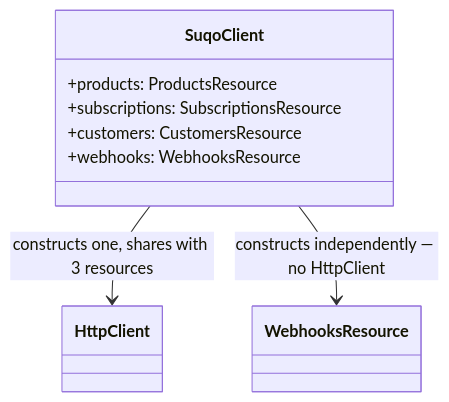
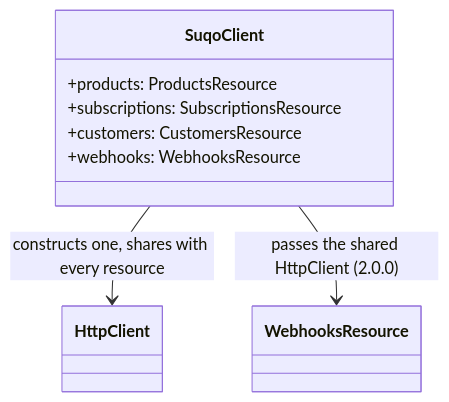
Before and after one commit to suqo-ai/suqo-sdk-ts: the second of 2 diagrams in docs/design/ticket-5-webhooks.md, drawn with Mermaid. The commit also changed other lines of this file and 59 other files, not shown here.

````diff
--- a/docs/design/ticket-5-webhooks.md
+++ b/docs/design/ticket-5-webhooks.md
@@ -137,11 +137,11 @@
 ```mermaid
 classDiagram
   class SuqoClient {
     +products: ProductsResource
     +subscriptions: SubscriptionsResource
     +customers: CustomersResource
     +webhooks: WebhooksResource
   }
-  SuqoClient --> HttpClient : constructs one, shares with 3 resources
-  SuqoClient --> WebhooksResource : constructs independently — no HttpClient
+  SuqoClient --> HttpClient : constructs one, shares with every resource
+  SuqoClient --> WebhooksResource : passes the shared HttpClient (2.0.0)
 ```
````
